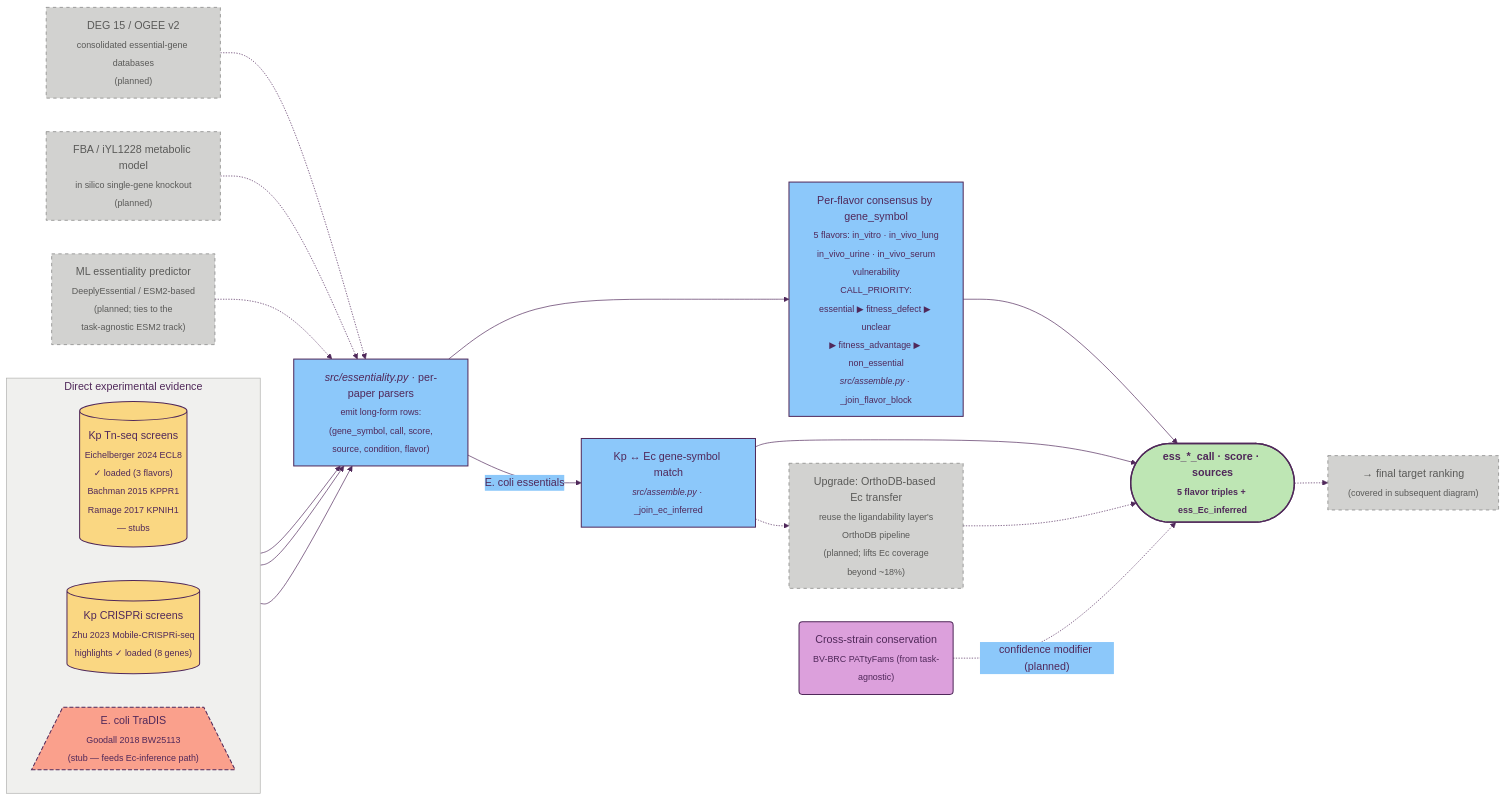
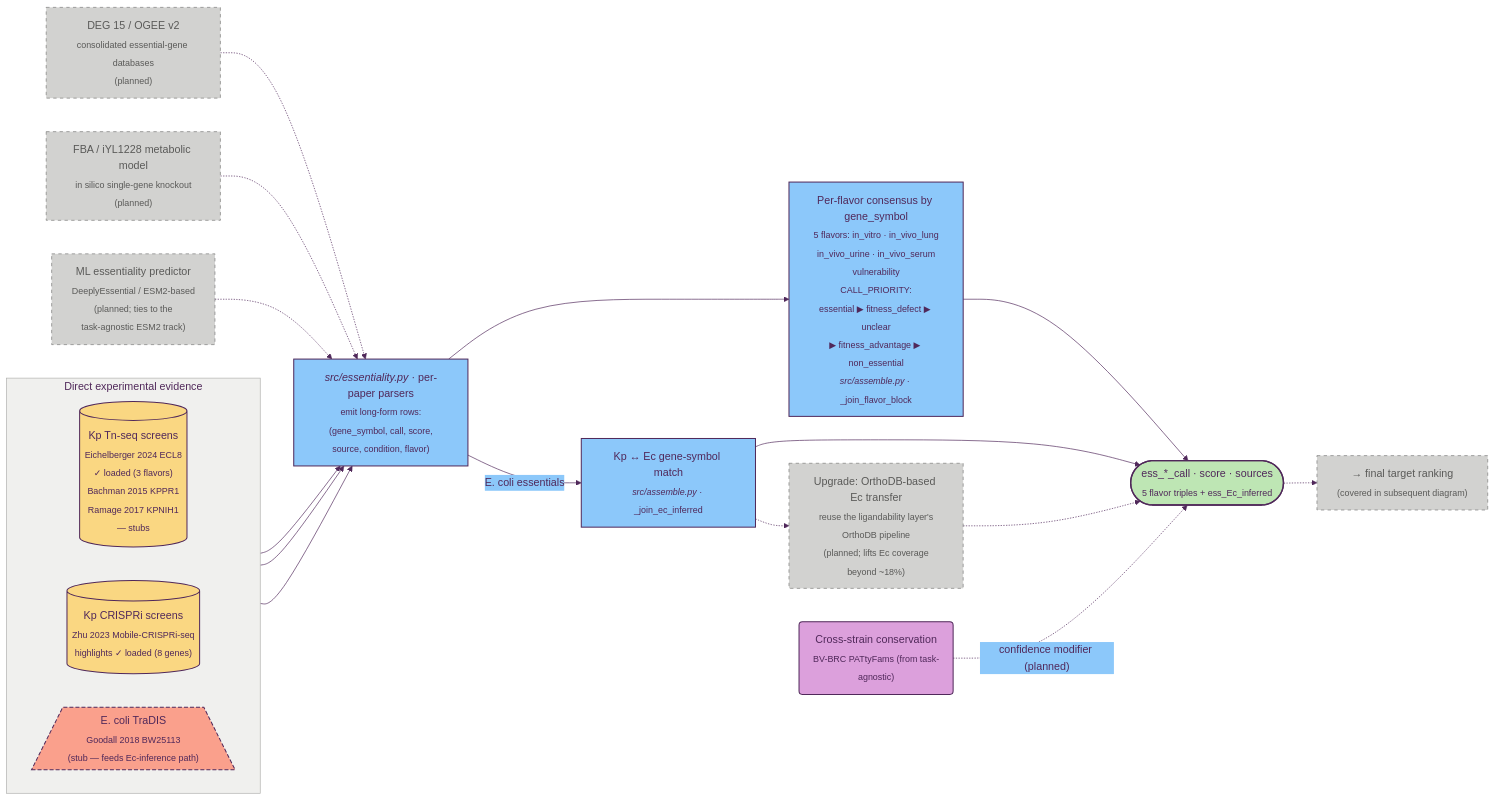
The diagram in docs/04_essentiality.md (ersilia-os/gradi-target-prioritization), drawn with Mermaid before and after one commit. The commit also changed 5 other files, not shown here.

Commit message:
diagramming

````diff
--- a/docs/04_essentiality.md
+++ b/docs/04_essentiality.md
@@ -15,44 +15,44 @@
 ```mermaid
 %%{init: {'theme':'base','themeVariables':{'primaryColor':'#FAD782','primaryBorderColor':'#50285A','primaryTextColor':'#50285A','lineColor':'#50285A','secondaryColor':'#8CC8FA','tertiaryColor':'#BEE6B4','clusterBkg':'#F0F0EE','clusterBorder':'#B0B0AE','titleColor':'#50285A','fontFamily':'Inter, system-ui, sans-serif'}}}%%
 flowchart LR
     classDef source    fill:#AA96FA,stroke:#50285A,stroke-width:1.5px,color:#1F0F2E
     classDef dataset   fill:#FAD782,stroke:#50285A,stroke-width:1.5px,color:#50285A
     classDef method    fill:#8CC8FA,stroke:#50285A,stroke-width:1.5px,color:#50285A
     classDef embedding fill:#AA96FA,stroke:#50285A,stroke-width:1.5px,color:#1F0F2E
-    classDef result    fill:#BEE6B4,stroke:#50285A,stroke-width:2px,color:#50285A,font-weight:bold
+    classDef result    fill:#BEE6B4,stroke:#50285A,stroke-width:2px,color:#50285A
     classDef tagnostic fill:#DCA0DC,stroke:#50285A,stroke-width:1.5px,color:#50285A
     classDef stub      fill:#FAA08C,stroke:#50285A,stroke-width:1.5px,stroke-dasharray:6 3,color:#50285A
     classDef planned   fill:#D2D2D0,stroke:#7A7A78,stroke-width:1px,stroke-dasharray:5 5,color:#5A5A58
 
     subgraph DIRECT [" Direct experimental evidence "]
         direction LR
         TNS[("Kp Tn-seq screens<br/><sub>Eichelberger 2024 ECL8<br/>✓ loaded (3 flavors)</sub><br/><sub>Bachman 2015 KPPR1<br/>Ramage 2017 KPNIH1<br/>— stubs</sub>")]:::dataset
         CRI[("Kp CRISPRi screens<br/><sub>Zhu 2023 Mobile-CRISPRi-seq<br/>highlights ✓ loaded (8 genes)</sub>")]:::dataset
         ECO[/"E. coli TraDIS<br/><sub>Goodall 2018 BW25113<br/>(stub — feeds Ec-inference path)</sub>"\]:::stub
     end
 
     DEG["DEG 15 / OGEE v2<br/><sub>consolidated essential-gene databases</sub><br/><sub>(planned)</sub>"]:::planned
     FBA["FBA / iYL1228 metabolic model<br/><sub>in silico single-gene knockout</sub><br/><sub>(planned)</sub>"]:::planned
     ML["ML essentiality predictor<br/><sub>DeeplyEssential / ESM2-based</sub><br/><sub>(planned; ties to the<br/>task-agnostic ESM2 track)</sub>"]:::planned
 
     TNS --> PARSE["<i>src/essentiality.py</i> · per-paper parsers<br/><sub>emit long-form rows:<br/>(gene_symbol, call, score,<br/>source, condition, flavor)</sub>"]:::method
     CRI --> PARSE
     ECO --> PARSE
     DEG -.-> PARSE
     FBA -.-> PARSE
     ML  -.-> PARSE
 
     PARSE --> FLAV["Per-flavor consensus by gene_symbol<br/><sub>5 flavors: in_vitro · in_vivo_lung<br/>in_vivo_urine · in_vivo_serum<br/>vulnerability</sub><br/><sub>CALL_PRIORITY:<br/>essential ▶ fitness_defect ▶ unclear<br/>▶ fitness_advantage ▶ non_essential</sub><br/><sub><i>src/assemble.py</i> · _join_flavor_block</sub>"]:::method
 
     PARSE -->|"E. coli essentials"| ECINF["Kp ↔ Ec gene-symbol match<br/><sub><i>src/assemble.py</i> · _join_ec_inferred</sub>"]:::method
     ECINF -.-> ORTHO_UP["Upgrade: OrthoDB-based Ec transfer<br/><sub>reuse the ligandability layer's<br/>OrthoDB pipeline</sub><br/><sub>(planned; lifts Ec coverage<br/>beyond ~18%)</sub>"]:::planned
 
     CONS("Cross-strain conservation<br/><sub>BV-BRC PATtyFams (from task-agnostic)</sub>"):::tagnostic
 
     FLAV  --> OUT(["ess_*_call · score · sources<br/><sub>5 flavor triples + ess_Ec_inferred</sub>"]):::result
     ECINF --> OUT
     ORTHO_UP -.-> OUT
     CONS -.->|"confidence modifier (planned)"| OUT
 
     OUT -.-> NEXT["→ final target ranking<br/><sub>(covered in subsequent diagram)</sub>"]:::planned
 ```
````
